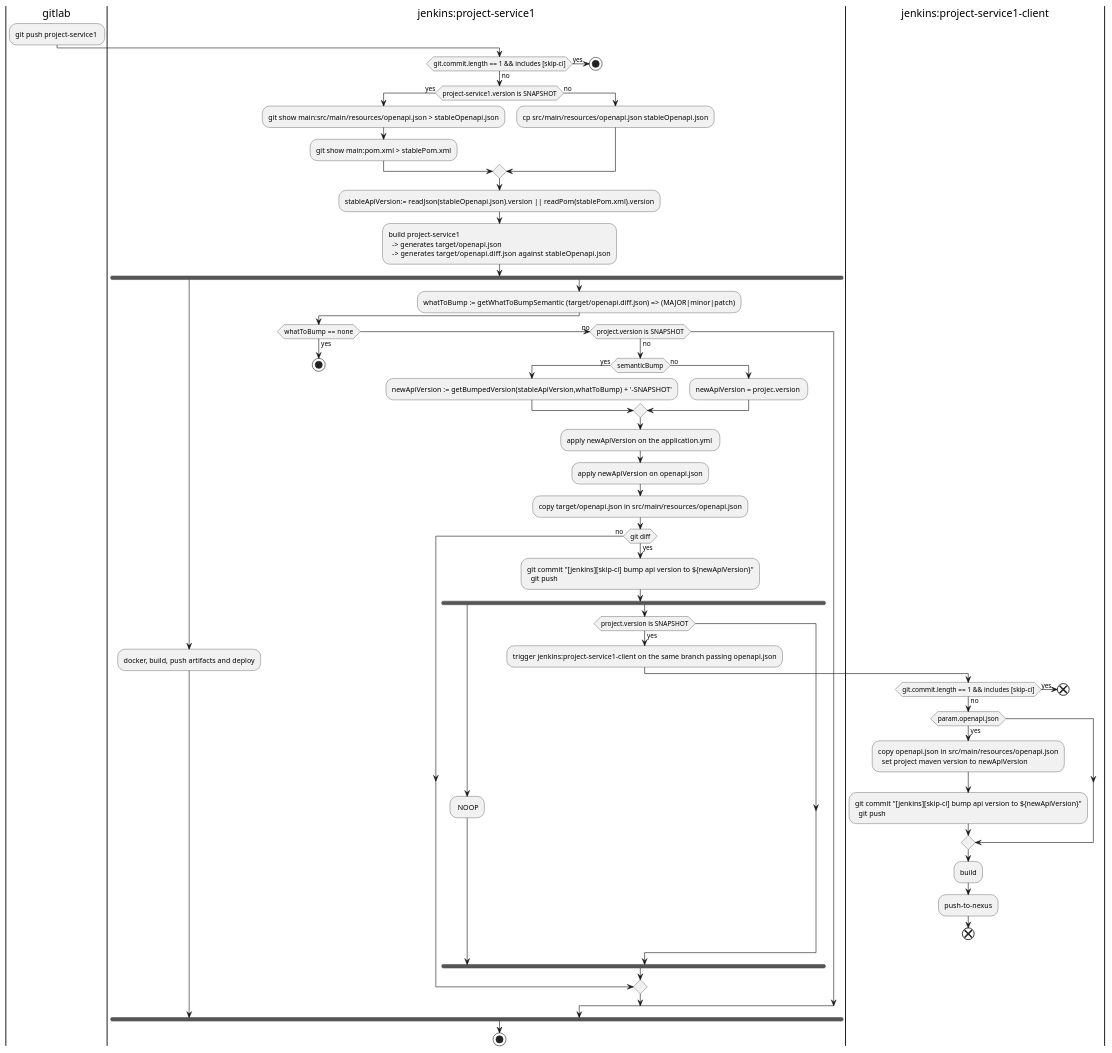
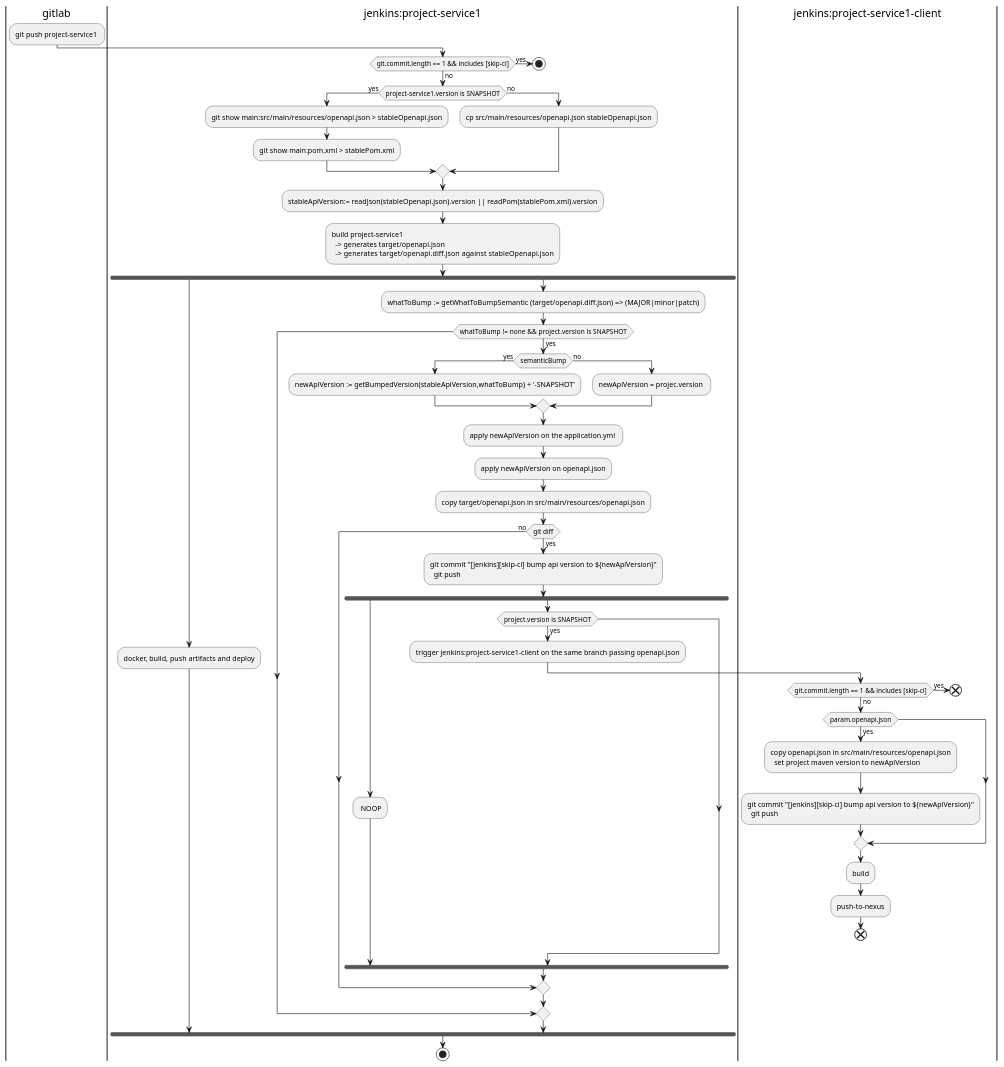
The diagram in demo-person-service/docs/client-generation-activity.puml (mauropanzeri/api-docs-automation), drawn with PlantUML before and after one commit.

Commit message:
parse openapi diff

```diff
--- a/demo-person-service/docs/client-generation-activity.puml
+++ b/demo-person-service/docs/client-generation-activity.puml
@@ -1,65 +1,63 @@
 @startuml "client generation"
 |gitlab|
   :git push project-service1 ;
 |jenkins:project-service1|
   if(git.commit.length == 1 && includes [skip-ci]) then (yes)
     stop
   else (no)
     if(project-service1.version is SNAPSHOT) then (yes)
       :git show main:src/main/resources/openapi.json > stableOpenapi.json;
       :git show main:pom.xml > stablePom.xml;
     else (no)
       :cp src/main/resources/openapi.json stableOpenapi.json;
     endif
     :stableApiVersion:= readJson(stableOpenapi.json).version || readPom(stablePom.xml).version;
     :build project-service1
       -> generates target/openapi.json 
       -> generates target/openapi.diff.json  against  stableOpenapi.json;
     fork
       :docker, build, push artifacts and deploy;
     fork again
       :whatToBump := getWhatToBumpSemantic (target/openapi.diff.json) => (MAJOR|minor|patch);
-      if(whatToBump  == none) then (yes)
-        stop
-      (no) elseif(project.version is SNAPSHOT) then (no)
+      if(whatToBump  != none && project.version is SNAPSHOT) then (yes)
         if (semanticBump) then (yes)
           :newApiVersion := getBumpedVersion(stableApiVersion,whatToBump) + '-SNAPSHOT';
         else (no)
           :newApiVersion = projec.version ;
         endif
         :apply newApiVersion on the application.yml ;
         :apply newApiVersion on openapi.json;  
         :copy target/openapi.json in src/main/resources/openapi.json;
         if(git diff) then (yes) 
           :git commit "[jenkins][skip-ci] bump api version to ${newApiVersion}"
             git push ;    
           fork
             |jenkins:project-service1|
             : NOOP;
           fork again
             if(project.version is SNAPSHOT) then (yes)
               :trigger jenkins:project-service1-client on the same branch passing openapi.json;
               |jenkins:project-service1-client|
                 if(git.commit.length == 1 && includes [skip-ci]) then (yes)
                   end
                 else (no)
                   if (param.openapi.json) then (yes)
                     :copy openapi.json in src/main/resources/openapi.json
                       set project maven version to newApiVersion;
                     :git commit "[jenkins][skip-ci] bump api version to ${newApiVersion}"
                       git push ;                    
                   endif
                   :build;
                   :push-to-nexus;
                 endif
                 end
               endif
             |jenkins:project-service1|
           end fork
         else (no)
         endif
       endif
     end fork
   endif
   stop
 @enduml
```
